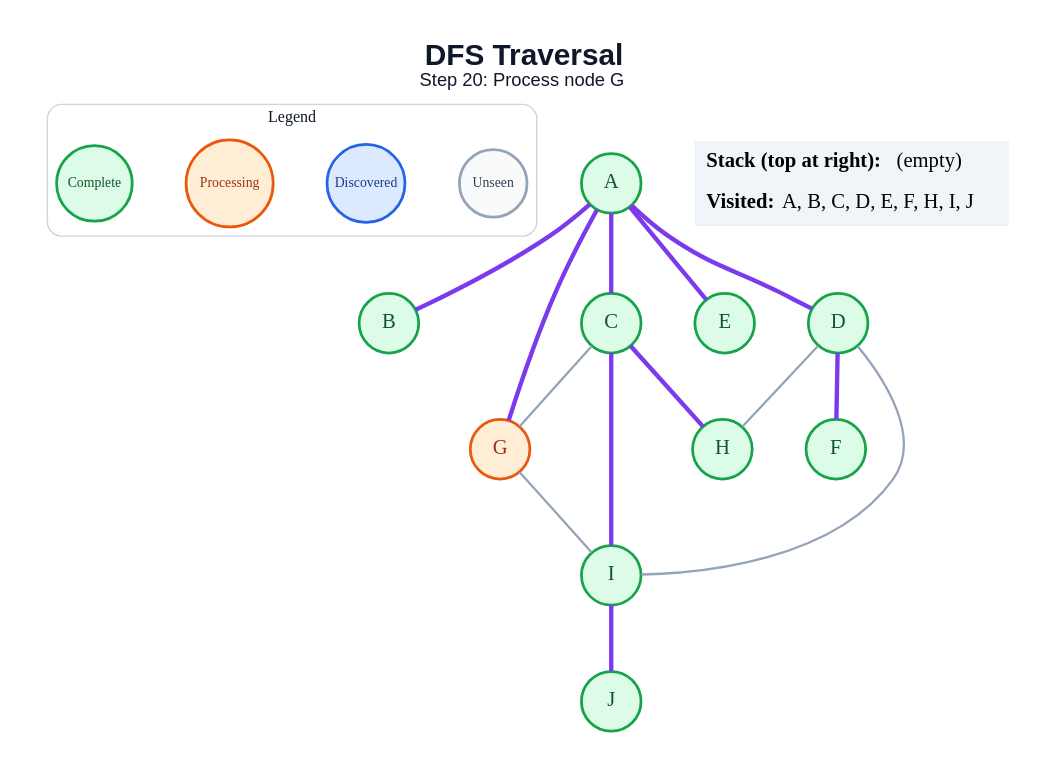
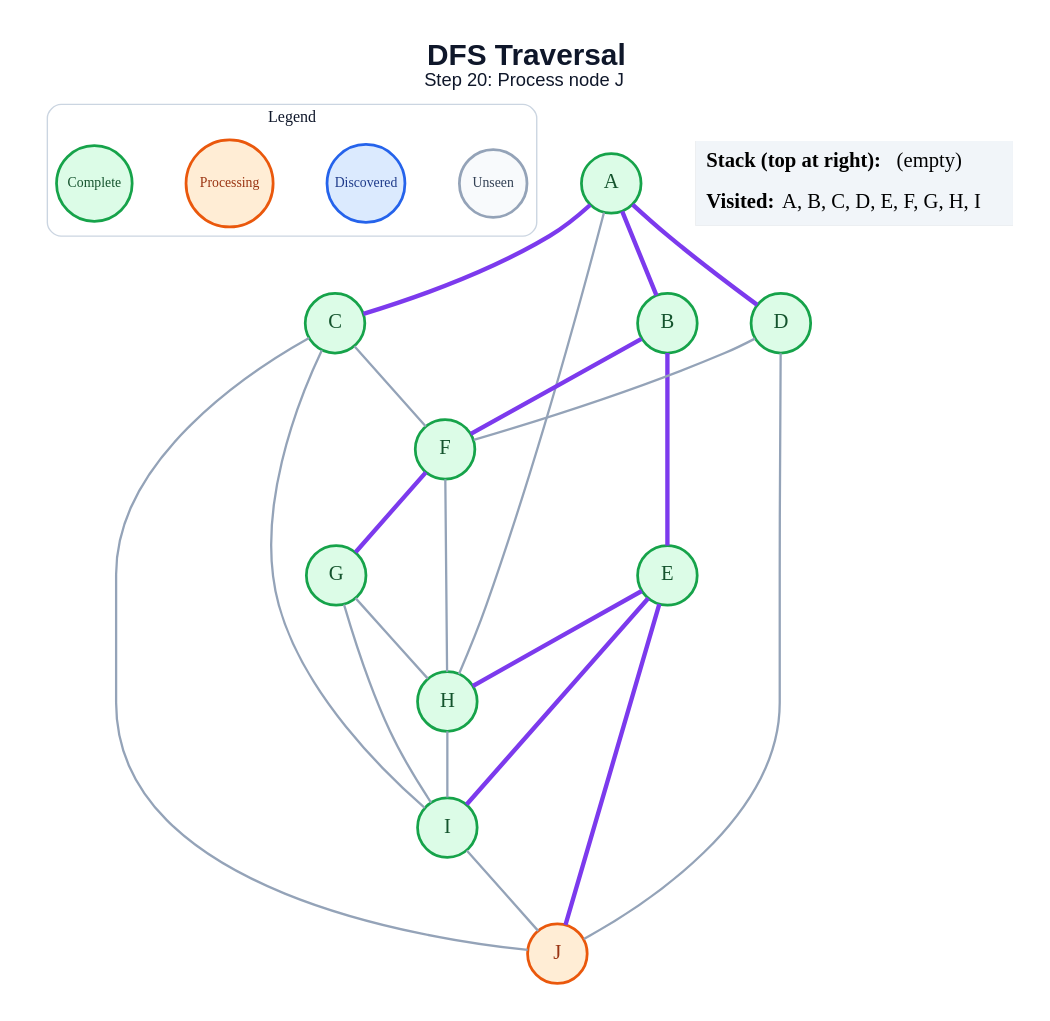
Before and after one commit to amanghodawala9/ai-slop: the diagram in generated/specific-node/dfs/step_20.dot, drawn with Graphviz. The commit also changed 178 other files, not shown here.

```diff
--- a/generated/specific-node/dfs/step_20.dot
+++ b/generated/specific-node/dfs/step_20.dot
@@ -1,42 +1,49 @@
 graph traversal {
   graph [layout=dot, rankdir=TB, bgcolor="#FFFFFF", pad="0.35", nodesep="0.65", ranksep="0.8", fontname="Arial"];
   node [shape=circle, style="filled", fontname="Arial Bold", fontsize=18, width=0.72, fixedsize=true, penwidth=2.4];
   edge [color="#94A3B8", penwidth=2.0];
-  label=<<B>DFS Traversal</B><BR/><FONT POINT-SIZE="16">Step 20: Process node G</FONT>>; labelloc="t"; fontsize=26; fontname="Arial"; fontcolor="#0F172A";
+  label=<<B>DFS Traversal</B><BR/><FONT POINT-SIZE="16">Step 20: Process node J</FONT>>; labelloc="t"; fontsize=26; fontname="Arial"; fontcolor="#0F172A";
   subgraph cluster_legend { label="Legend"; color="#CBD5E1"; penwidth=1.2; style="rounded"; fontsize=14; fontname="Arial Bold";
     key_unseen [label="Unseen", fillcolor="#F8FAFC", color="#94A3B8", fontcolor="#334155", fontsize=12, width=0.82];
     key_frontier [label="Discovered", fillcolor="#DBEAFE", color="#2563EB", fontcolor="#1E3A8A", fontsize=12, width=0.95];
     key_current [label="Processing", fillcolor="#FFEDD5", color="#EA580C", fontcolor="#9A3412", fontsize=12, width=1.05];
     key_done [label="Complete", fillcolor="#DCFCE7", color="#16A34A", fontcolor="#14532D", fontsize=12, width=0.92];
     { rank=same; key_unseen; key_frontier; key_current; key_done; }
   }
   A [fillcolor="#DCFCE7", color="#16A34A", fontcolor="#14532D"];
   B [fillcolor="#DCFCE7", color="#16A34A", fontcolor="#14532D"];
   C [fillcolor="#DCFCE7", color="#16A34A", fontcolor="#14532D"];
   D [fillcolor="#DCFCE7", color="#16A34A", fontcolor="#14532D"];
   E [fillcolor="#DCFCE7", color="#16A34A", fontcolor="#14532D"];
   F [fillcolor="#DCFCE7", color="#16A34A", fontcolor="#14532D"];
-  G [fillcolor="#FFEDD5", color="#EA580C", fontcolor="#9A3412"];
+  G [fillcolor="#DCFCE7", color="#16A34A", fontcolor="#14532D"];
   H [fillcolor="#DCFCE7", color="#16A34A", fontcolor="#14532D"];
   I [fillcolor="#DCFCE7", color="#16A34A", fontcolor="#14532D"];
-  J [fillcolor="#DCFCE7", color="#16A34A", fontcolor="#14532D"];
+  J [fillcolor="#FFEDD5", color="#EA580C", fontcolor="#9A3412"];
   A -- B [color="#7C3AED", penwidth=3.8];
   A -- C [color="#7C3AED", penwidth=3.8];
   A -- D [color="#7C3AED", penwidth=3.8];
-  A -- E [color="#7C3AED", penwidth=3.8];
-  A -- G [color="#7C3AED", penwidth=3.8];
-  C -- G;
-  C -- H [color="#7C3AED", penwidth=3.8];
-  C -- I [color="#7C3AED", penwidth=3.8];
-  D -- F [color="#7C3AED", penwidth=3.8];
-  D -- H;
-  D -- I;
+  A -- H;
+  B -- E [color="#7C3AED", penwidth=3.8];
+  B -- F [color="#7C3AED", penwidth=3.8];
+  C -- F;
+  C -- I;
+  C -- J;
+  D -- F;
+  D -- J;
+  E -- H [color="#7C3AED", penwidth=3.8];
+  E -- I [color="#7C3AED", penwidth=3.8];
+  E -- J [color="#7C3AED", penwidth=3.8];
+  F -- G [color="#7C3AED", penwidth=3.8];
+  F -- H;
+  G -- H;
   G -- I;
-  I -- J [color="#7C3AED", penwidth=3.8];
+  H -- I;
+  I -- J;
   status [shape=plain, fixedsize=false, width=0, height=0, margin=0, label=<
     <TABLE BORDER="0" CELLBORDER="0" CELLPADDING="7" BGCOLOR="#F1F5F9">
       <TR><TD ALIGN="LEFT"><B>Stack (top at right):</B> (empty)</TD></TR>
-      <TR><TD ALIGN="LEFT"><B>Visited:</B> A, B, C, D, E, F, H, I, J</TD></TR>
+      <TR><TD ALIGN="LEFT"><B>Visited:</B> A, B, C, D, E, F, G, H, I</TD></TR>
     </TABLE>
   >];
 }
```
